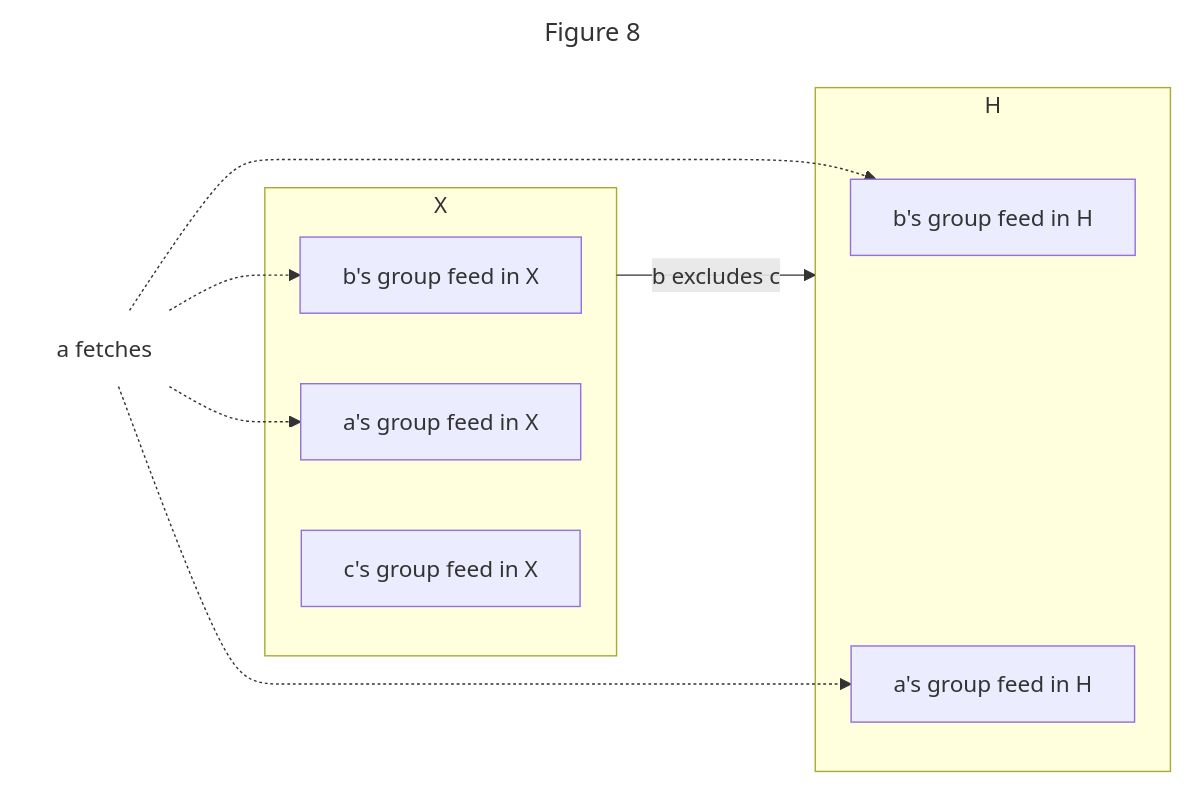
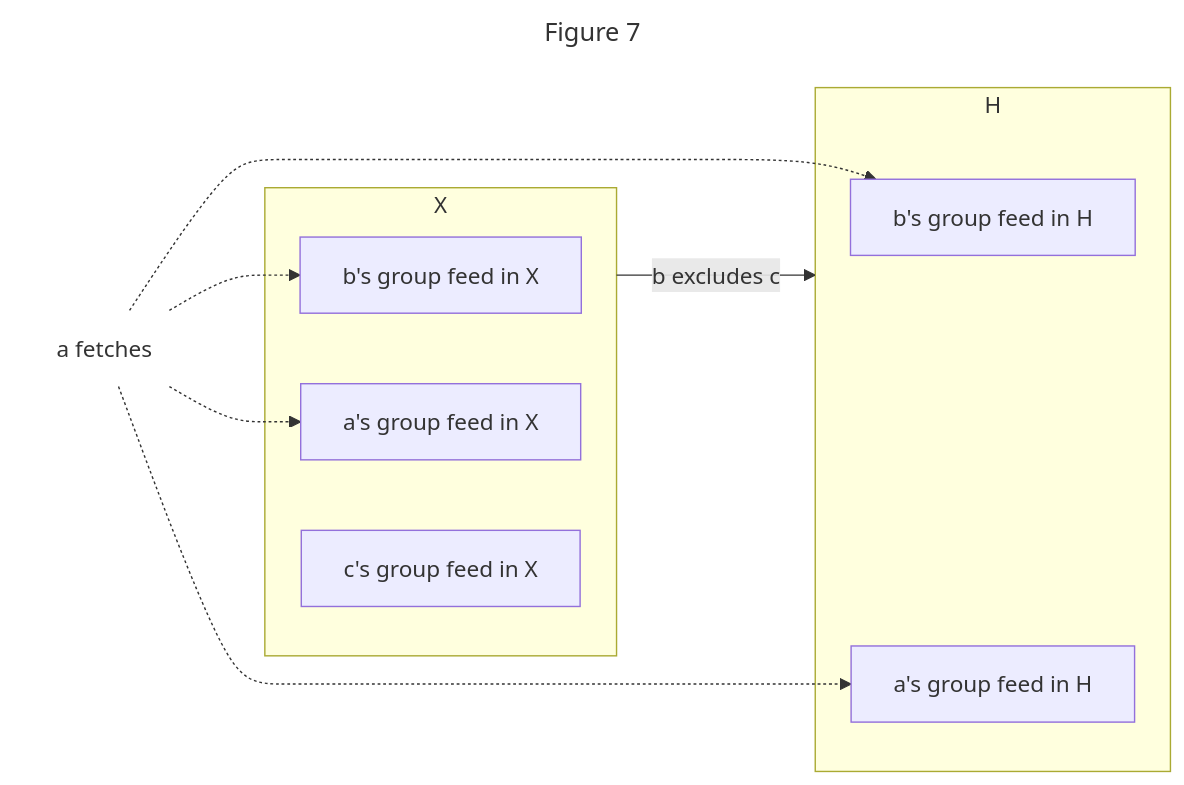
The seventh of 9 diagrams in README.md (ssbc/ssb-group-exclusion-spec), drawn with Mermaid before and after one commit. The commit also changed other lines of this file, not shown here.

````diff
--- a/README.md
+++ b/README.md
@@ -384,20 +392,20 @@
 ```mermaid
 ---
-title: Figure 8
+title: Figure 7
 ---
 graph LR;
   afetch[a fetches]
   subgraph X
     Xb[b's group feed in X]
     Xa[a's group feed in X]
     Xc[c's group feed in X]
   end
   X--"b excludes c"-->H
   subgraph H
     Hb[b's group feed in H]
     Ha[a's group feed in H]
   end
   afetch -.-> Xa & Xb & Ha & Hb
 
   style afetch fill:#0000,stroke:#0000;
 ```
````
